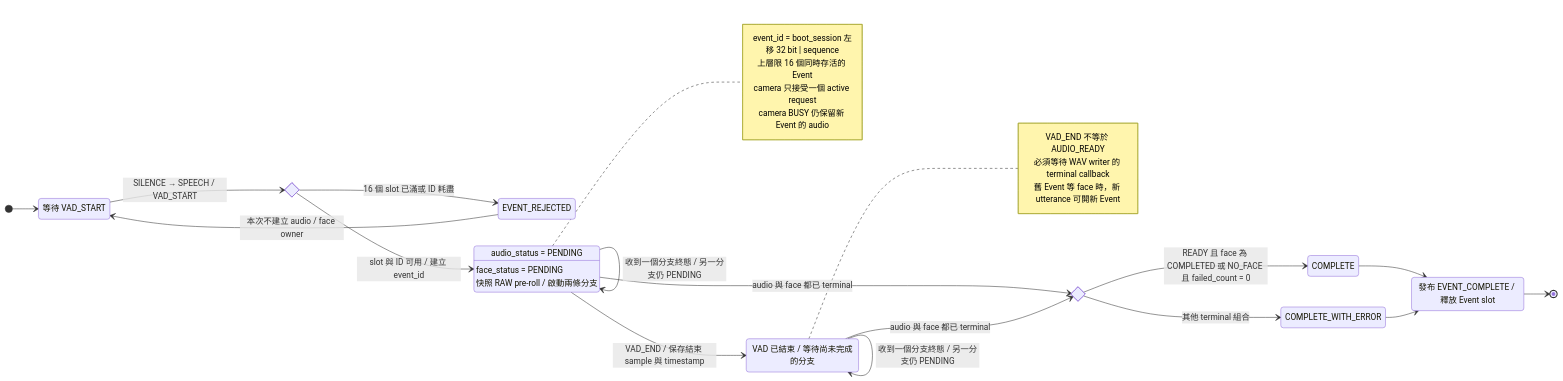
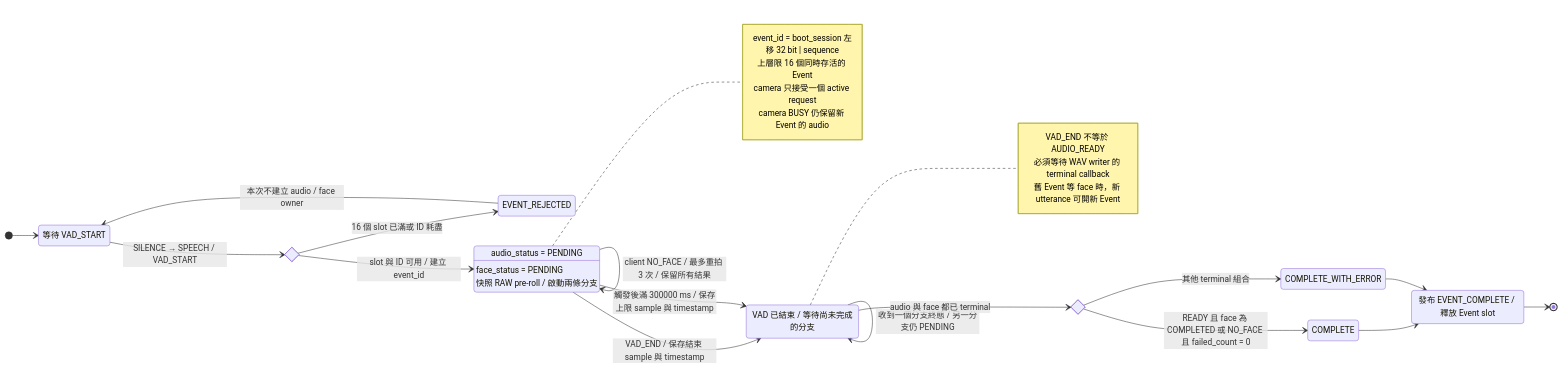
The first of 7 diagrams in docs/EVENT_STATE_DIAGRAM.md (CrocoFishing/DetectPipeDemo), drawn with Mermaid before and after one commit. The commit also changed other lines of this file and 60 other files, not shown here.

````diff
--- a/docs/EVENT_STATE_DIAGRAM.md
+++ b/docs/EVENT_STATE_DIAGRAM.md
@@ -9,46 +9,48 @@
 ```mermaid
 stateDiagram-v2
 
     direction LR
     [*] --> AwaitVad
     state "等待 VAD_START" as AwaitVad
     state Admission <<choice>>
     state "EVENT_REJECTED" as Rejected
     state FinishCheck <<choice>>
     state "發布 EVENT_COMPLETE / 釋放 Event slot" as Release
 
     AwaitVad --> Admission: SILENCE → SPEECH / VAD_START
     Admission --> OPEN: slot 與 ID 可用 / 建立 event_id
     Admission --> Rejected: 16 個 slot 已滿或 ID 耗盡
     Rejected --> AwaitVad: 本次不建立 audio / face owner
 
     OPEN: audio_status = PENDING
     OPEN: face_status = PENDING
     OPEN: 快照 RAW pre-roll / 啟動兩條分支
     OPEN --> OPEN: 收到一個分支終態 / 另一分支仍 PENDING
     OPEN --> WAITING: VAD_END / 保存結束 sample 與 timestamp
-    OPEN --> FinishCheck: audio 與 face 都已 terminal
+    OPEN --> WAITING: 觸發後滿 300000 ms / 保存上限 sample 與 timestamp
+    OPEN --> OPEN: 每 30 秒且相機可用 / 新 request / 同一 WAV
+    OPEN --> OPEN: client NO_FACE / 最多重拍 3 次 / 保留所有結果
 
     WAITING: VAD 已結束 / 等待尚未完成的分支
     WAITING --> WAITING: 收到一個分支終態 / 另一分支仍 PENDING
     WAITING --> FinishCheck: audio 與 face 都已 terminal
 
     FinishCheck --> COMPLETE: READY 且 face 為 COMPLETED 或 NO_FACE 且 failed_count = 0
     FinishCheck --> COMPLETE_WITH_ERROR: 其他 terminal 組合
     COMPLETE --> Release
     COMPLETE_WITH_ERROR --> Release
     Release --> [*]
 
     note right of OPEN
         event_id = boot_session 左移 32 bit | sequence
         上層限 16 個同時存活的 Event
         camera 只接受一個 active request
         camera BUSY 仍保留新 Event 的 audio
     end note
 
     note right of WAITING
         VAD_END 不等於 AUDIO_READY
         必須等待 WAV writer 的 terminal callback
         舊 Event 等 face 時，新 utterance 可開新 Event
     end note
 ```
````
